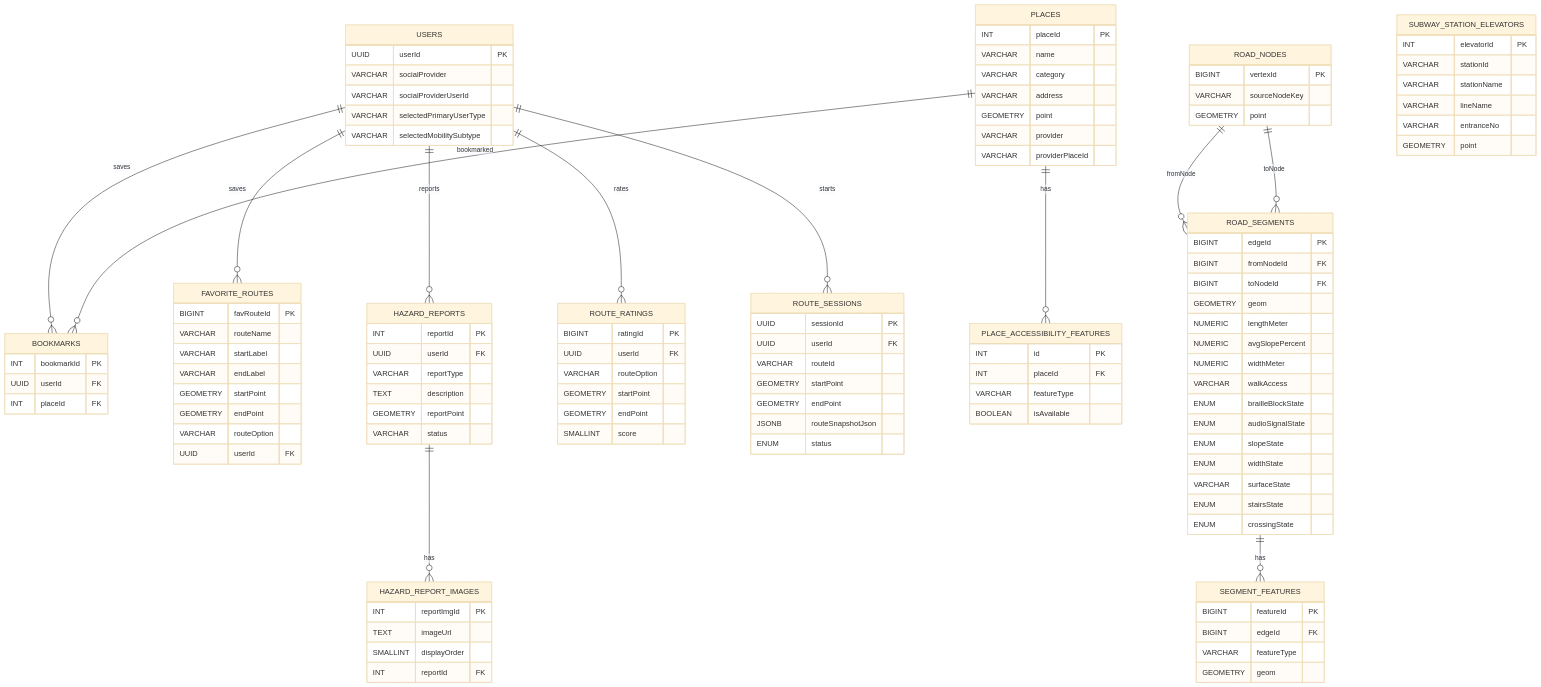
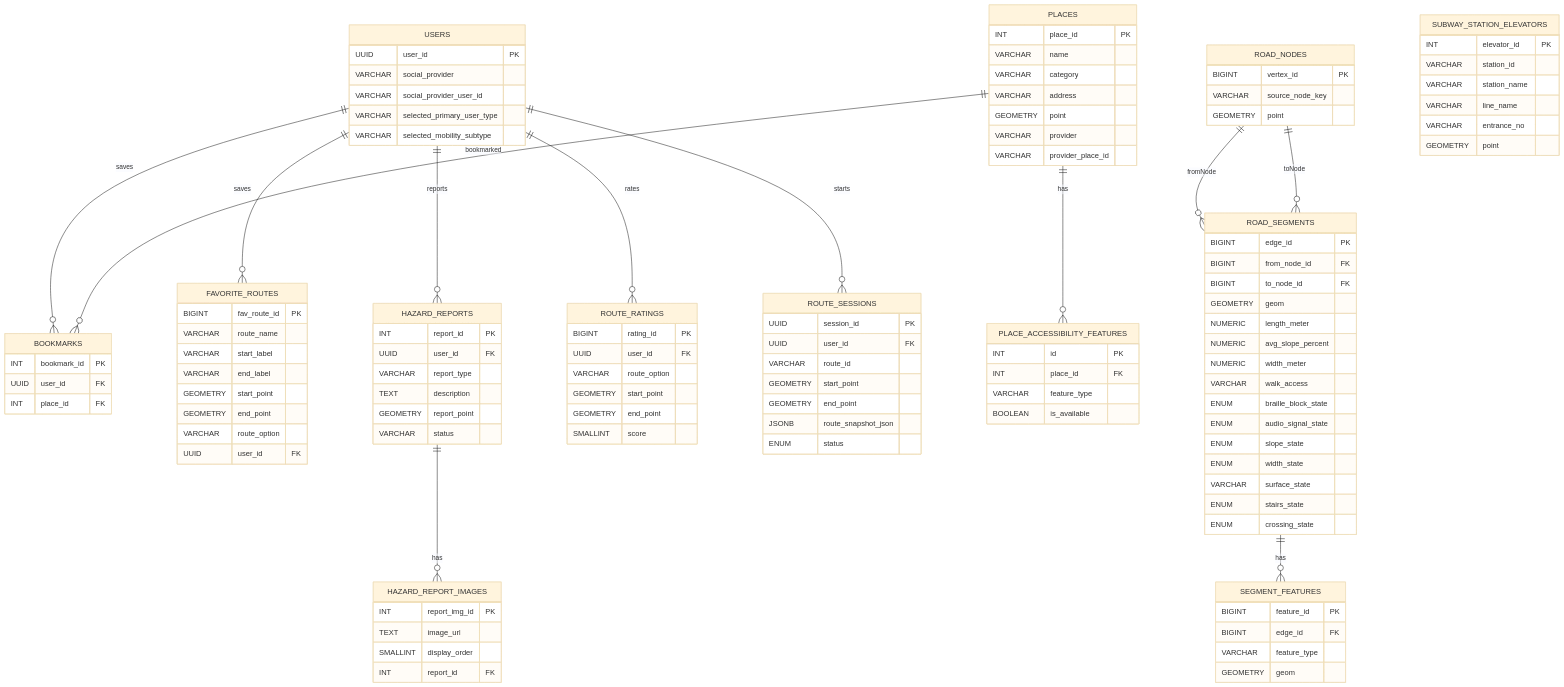
Before and after one commit to busaneumgil/busaneumgil: the diagram in Docs/ERD/ERD_v3.md, drawn with Mermaid (base theme). The commit also changed other lines of this file and 13 other files, not shown here.

````diff
--- a/Docs/ERD/ERD_v3.md
+++ b/Docs/ERD/ERD_v3.md
@@ -102,119 +102,119 @@
     ROAD_SEGMENTS ||--o{ SEGMENT_FEATURES : has
 
     USERS {
-        UUID userId PK
-        VARCHAR socialProvider
-        VARCHAR socialProviderUserId
-        VARCHAR selectedPrimaryUserType
-        VARCHAR selectedMobilitySubtype
+        UUID user_id PK
+        VARCHAR social_provider
+        VARCHAR social_provider_user_id
+        VARCHAR selected_primary_user_type
+        VARCHAR selected_mobility_subtype
     }
 
     BOOKMARKS {
-        INT bookmarkId PK
-        UUID userId FK
-        INT placeId FK
+        INT bookmark_id PK
+        UUID user_id FK
+        INT place_id FK
     }
 
     FAVORITE_ROUTES {
-        BIGINT favRouteId PK
-        VARCHAR routeName
-        VARCHAR startLabel
-        VARCHAR endLabel
-        GEOMETRY startPoint
-        GEOMETRY endPoint
-        VARCHAR routeOption
-        UUID userId FK
+        BIGINT fav_route_id PK
+        VARCHAR route_name
+        VARCHAR start_label
+        VARCHAR end_label
+        GEOMETRY start_point
+        GEOMETRY end_point
+        VARCHAR route_option
+        UUID user_id FK
     }
 
     HAZARD_REPORTS {
-        INT reportId PK
-        UUID userId FK
-        VARCHAR reportType
+        INT report_id PK
+        UUID user_id FK
+        VARCHAR report_type
         TEXT description
-        GEOMETRY reportPoint
+        GEOMETRY report_point
         VARCHAR status
     }
 
     HAZARD_REPORT_IMAGES {
-        INT reportImgId PK
-        TEXT imageUrl
-        SMALLINT displayOrder
-        INT reportId FK
+        INT report_img_id PK
+        TEXT image_url
+        SMALLINT display_order
+        INT report_id FK
     }
 
     PLACES {
-        INT placeId PK
+        INT place_id PK
         VARCHAR name
         VARCHAR category
         VARCHAR address
         GEOMETRY point
         VARCHAR provider
-        VARCHAR providerPlaceId
+        VARCHAR provider_place_id
     }
 
     PLACE_ACCESSIBILITY_FEATURES {
         INT id PK
-        INT placeId FK
-        VARCHAR featureType
-        BOOLEAN isAvailable
+        INT place_id FK
+        VARCHAR feature_type
+        BOOLEAN is_available
     }
 
     ROAD_NODES {
-        BIGINT vertexId PK
-        VARCHAR sourceNodeKey
+        BIGINT vertex_id PK
+        VARCHAR source_node_key
         GEOMETRY point
     }
 
     ROAD_SEGMENTS {
-        BIGINT edgeId PK
-        BIGINT fromNodeId FK
-        BIGINT toNodeId FK
+        BIGINT edge_id PK
+        BIGINT from_node_id FK
+        BIGINT to_node_id FK
         GEOMETRY geom
-        NUMERIC lengthMeter
-        NUMERIC avgSlopePercent
-        NUMERIC widthMeter
-        VARCHAR walkAccess
-        ENUM brailleBlockState
-        ENUM audioSignalState
-        ENUM slopeState
-        ENUM widthState
-        VARCHAR surfaceState
-        ENUM stairsState
-        ENUM crossingState
+        NUMERIC length_meter
+        NUMERIC avg_slope_percent
+        NUMERIC width_meter
+        VARCHAR walk_access
+        ENUM braille_block_state
+        ENUM audio_signal_state
+        ENUM slope_state
+        ENUM width_state
+        VARCHAR surface_state
+        ENUM stairs_state
+        ENUM crossing_state
     }
 
     SEGMENT_FEATURES {
-        BIGINT featureId PK
-        BIGINT edgeId FK
-        VARCHAR featureType
+        BIGINT feature_id PK
+        BIGINT edge_id FK
+        VARCHAR feature_type
         GEOMETRY geom
     }
 
     ROUTE_RATINGS {
-        BIGINT ratingId PK
-        UUID userId FK
-        VARCHAR routeOption
-        GEOMETRY startPoint
-        GEOMETRY endPoint
+        BIGINT rating_id PK
+        UUID user_id FK
+        VARCHAR route_option
+        GEOMETRY start_point
+        GEOMETRY end_point
         SMALLINT score
     }
 
     ROUTE_SESSIONS {
-        UUID sessionId PK
-        UUID userId FK
-        VARCHAR routeId
-        GEOMETRY startPoint
-        GEOMETRY endPoint
-        JSONB routeSnapshotJson
+        UUID session_id PK
+        UUID user_id FK
+        VARCHAR route_id
+        GEOMETRY start_point
+        GEOMETRY end_point
+        JSONB route_snapshot_json
         ENUM status
     }
 
     SUBWAY_STATION_ELEVATORS {
-        INT elevatorId PK
-        VARCHAR stationId
-        VARCHAR stationName
-        VARCHAR lineName
-        VARCHAR entranceNo
+        INT elevator_id PK
+        VARCHAR station_id
+        VARCHAR station_name
+        VARCHAR line_name
+        VARCHAR entrance_no
         GEOMETRY point
     }
 ```
````
